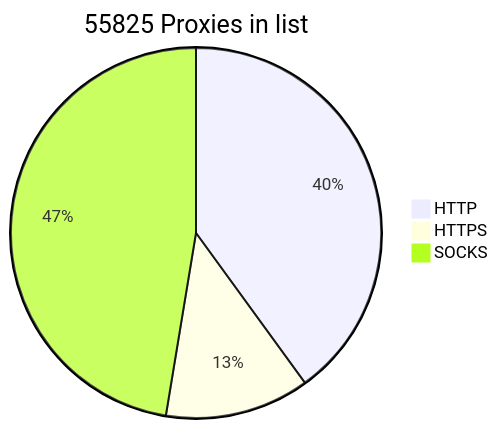
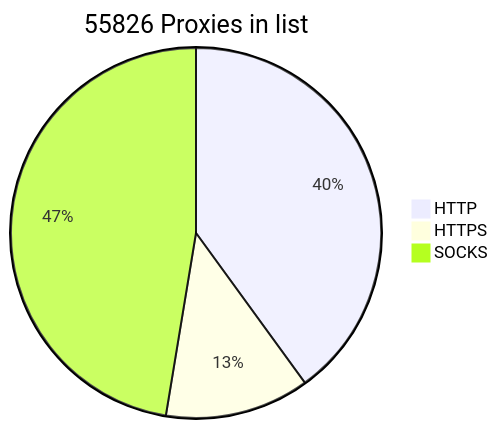
The diagram in README.md (BlackSnowDot/proxylist-update-every-minute), drawn with Mermaid before and after one commit.

````diff
--- a/README.md
+++ b/README.md
@@ -2,6 +2,6 @@
 ```mermaid
-pie title 55825 Proxies in list
+pie title 55826 Proxies in list
     "HTTP" : 25020
-    "HTTPS": 7889
+    "HTTPS": 7890
     "SOCKS" : 29649
 ```
````
